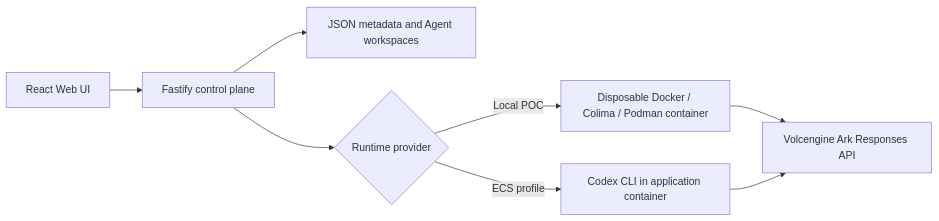
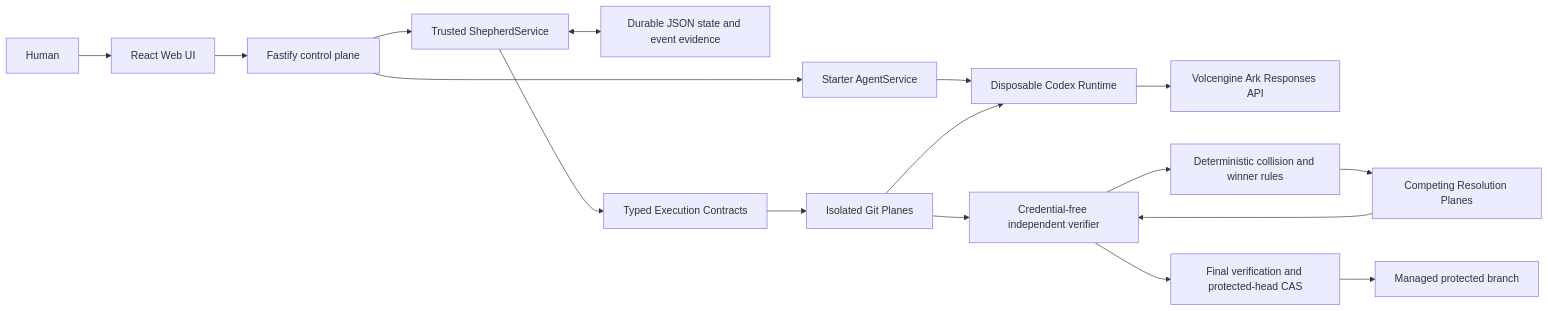
The diagram in README.md (kyashp/shepherd), drawn with Mermaid before and after one commit. The commit also changed other lines of this file, not shown here.

First line of the commit message:
docs(51): reconcile README with merged Shepherd

````diff
--- a/README.md
+++ b/README.md
@@ -326,10 +90,21 @@
 ```mermaid
 flowchart LR
-    UI["React Web UI"] --> API["Fastify control plane"]
-    API --> Store["JSON metadata and Agent workspaces"]
-    API --> Runtime{"Runtime provider"}
-    Runtime -->|Local POC| Container["Disposable Docker / Colima / Podman container"]
-    Runtime -->|ECS profile| Codex["Codex CLI in application container"]
-    Container --> Ark["Volcengine Ark Responses API"]
-    Codex --> Ark
+    Human["Human"] --> UI["React Web UI"]
+    UI --> API["Fastify control plane"]
+
+    API --> Launchpad["Starter AgentService"]
+    Launchpad --> Runtime["Disposable Codex Runtime"]
+    Runtime --> Ark["Volcengine Ark Responses API"]
+
+    API --> Kernel["Trusted ShepherdService"]
+    Kernel <--> Store["Durable JSON state and event evidence"]
+    Kernel --> Contracts["Typed Execution Contracts"]
+    Contracts --> Planes["Isolated Git Planes"]
+    Planes --> Runtime
+    Planes --> Verifier["Credential-free independent verifier"]
+    Verifier --> Collision["Deterministic collision and winner rules"]
+    Collision --> Futures["Competing Resolution Planes"]
+    Futures --> Verifier
+    Verifier --> Gate["Final verification and protected-head CAS"]
+    Gate --> Protected["Managed protected branch"]
 ```
````
